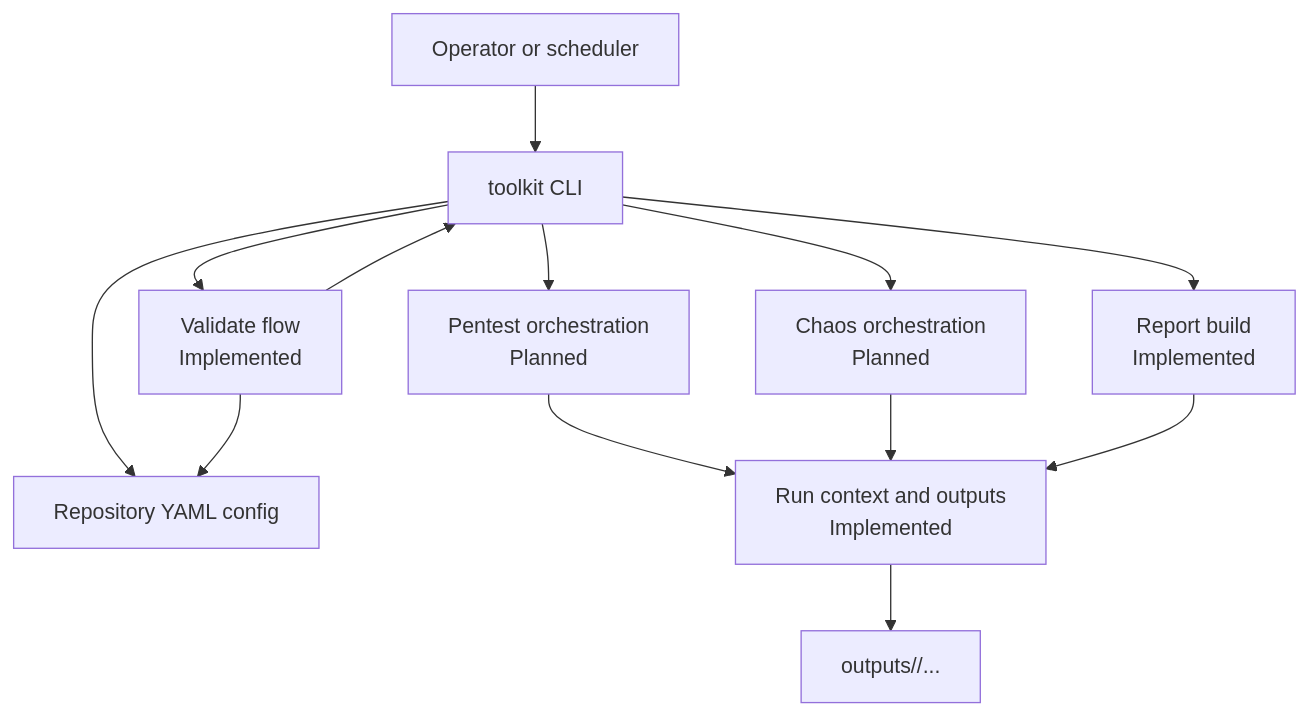
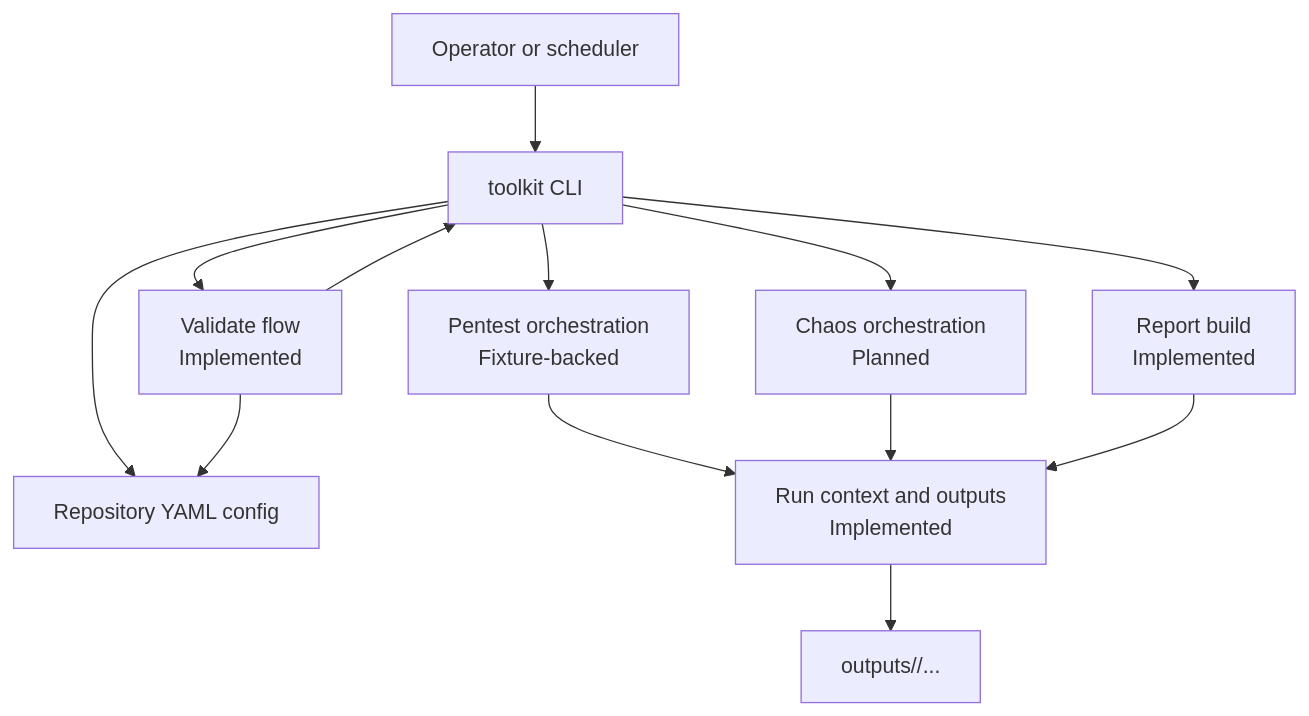
The first of 5 diagrams in docs/explanation/architecture.md (Sureinity/websec-chaos-toolkit), drawn with Mermaid before and after one commit. The commit also changed other lines of this file and 1 other file, not shown here.

Commit message:
docs(architecture,agents): reflect implemented fixture-backed pentest orchestration

````diff
--- a/docs/explanation/architecture.md
+++ b/docs/explanation/architecture.md
@@ -42,25 +42,25 @@
 ```mermaid
 flowchart TD
     operator[Operator or scheduler]
     cli[toolkit CLI]
     config[Repository YAML config]
     validate[Validate flow<br/>Implemented]
     runctx[Run context and outputs<br/>Implemented]
-    pentest[Pentest orchestration<br/>Planned]
+    pentest[Pentest orchestration<br/>Fixture-backed]
     chaos[Chaos orchestration<br/>Planned]
     report[Report build<br/>Implemented]
     outputs[outputs/<run-id>/...]
 
     operator --> cli
     cli --> config
     cli --> validate
     validate --> config
     validate --> cli
     cli --> pentest
     cli --> chaos
     cli --> report
     pentest --> runctx
     chaos --> runctx
     report --> runctx
     runctx --> outputs
 ```
````
